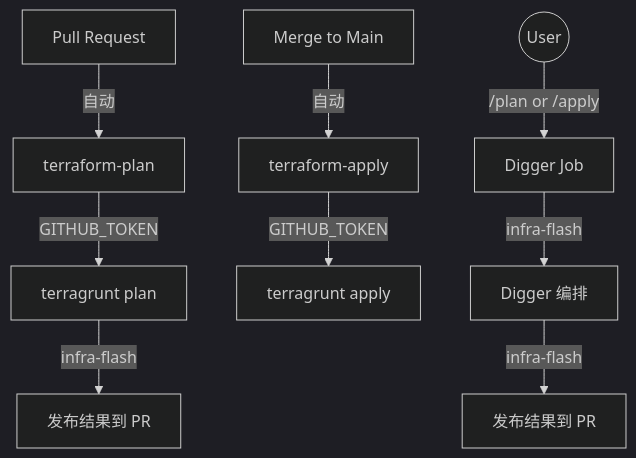
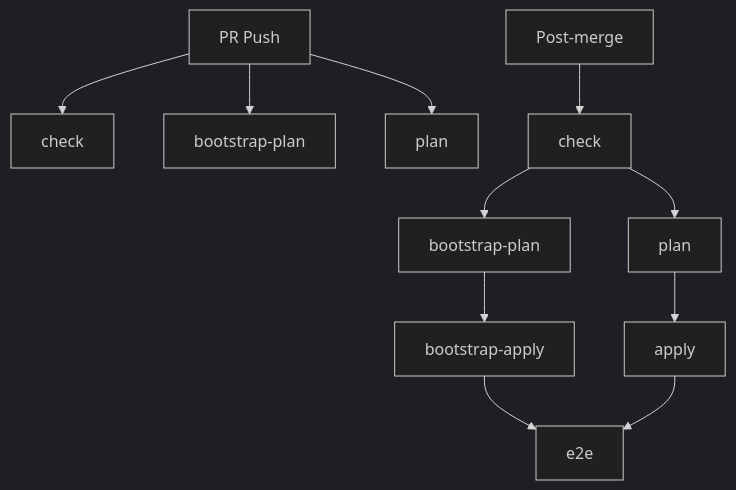
One commit to wangzitian0/infra changed the diagram in docs/ssot/ops.pipeline.md. Above: the diagram before and after it, drawn with Mermaid (dark theme). The commit also changed other lines of this file and 2 other files, not shown here.

First line of the commit message:
feat: 6-actions CI architecture (correct design) (#455)

````diff
--- a/docs/ssot/ops.pipeline.md
+++ b/docs/ssot/ops.pipeline.md
@@ -23,13 +94,14 @@
 ```mermaid
-flowchart TD
-    PR[Pull Request] -->|自动| AutoPlan[terraform-plan]
-    AutoPlan -->|GITHUB_TOKEN| PlanExec[terragrunt plan]
-    PlanExec -->|infra-flash| Comment1[发布结果到 PR]
+graph TD
+    PR[PR Push] --> Check[check]
+    PR --> BPlan[bootstrap-plan]
+    PR --> Plan[plan]
     
-    Merge[Merge to Main] -->|自动| AutoApply[terraform-apply]
-    AutoApply -->|GITHUB_TOKEN| ApplyExec[terragrunt apply]
-    
-    User((User)) -->|/plan or /apply| Manual[Digger Job]
-    Manual -->|infra-flash| DiggerExec[Digger 编排]
-    DiggerExec -->|infra-flash| Comment2[发布结果到 PR]
+    Merge[Post-merge] --> Check2[check]
+    Check2 --> BPlan2[bootstrap-plan]
+    Check2 --> Plan2[plan]
+    BPlan2 --> BApply[bootstrap-apply]
+    Plan2 --> Apply[apply]
+    BApply --> E2E[e2e]
+    Apply --> E2E
 ```
````
